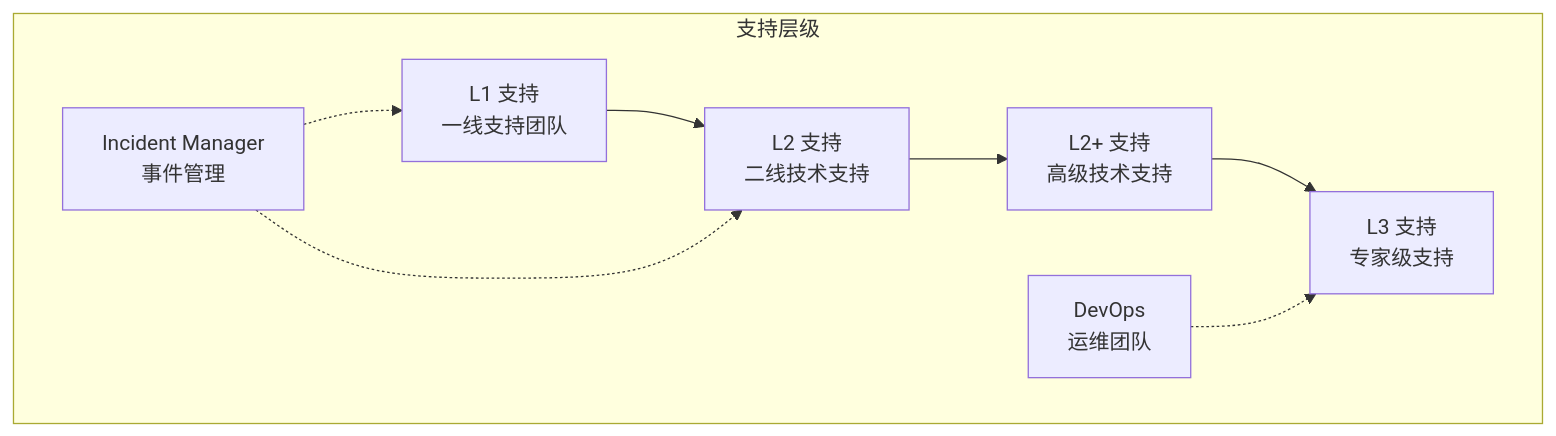
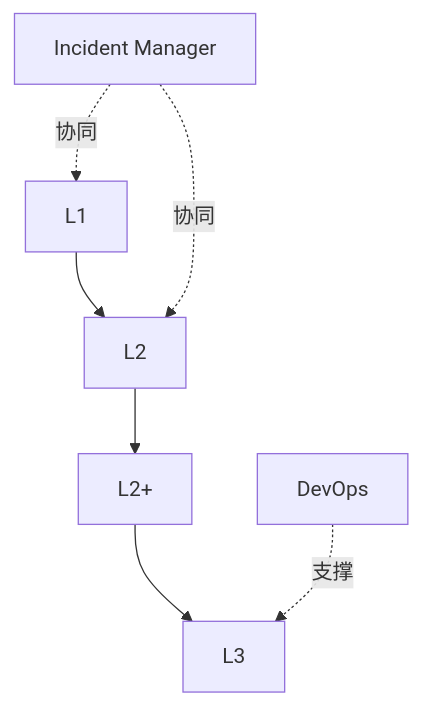
Before and after one commit to yachi666/support-roster-server: the third of 3 diagrams in .specs/domain-logic.md, drawn with Mermaid. The commit also changed other lines of this file and 34 other files, not shown here.

````diff
--- a/.specs/domain-logic.md
+++ b/.specs/domain-logic.md
@@ -287,18 +175,14 @@
 ```mermaid
 graph TB
-    subgraph "支持层级"
-        L1["L1 支持<br/>一线支持团队"]
-        L2["L2 支持<br/>二线技术支持"]
-        L2P["L2+ 支持<br/>高级技术支持"]
-        L3["L3 支持<br/>专家级支持"]
-        IM["Incident Manager<br/>事件管理"]
-        DO["DevOps<br/>运维团队"]
-    end
-    
-    L1 --> L2
-    L2 --> L2P
-    L2P --> L3
-    IM -.-> L1
-    IM -.-> L2
-    DO -.-> L3
+    L1[L1]
+    L2[L2]
+    L2P[L2+]
+    L3[L3]
+    IM[Incident Manager]
+    DO[DevOps]
+
+    L1 --> L2 --> L2P --> L3
+    IM -.协同.-> L1
+    IM -.协同.-> L2
+    DO -.支撑.-> L3
 ```
````
